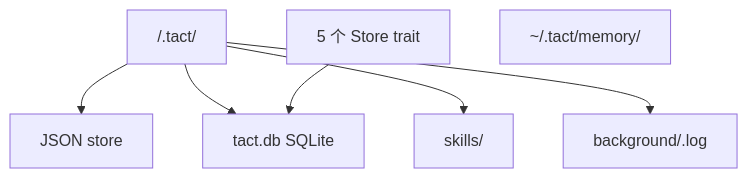
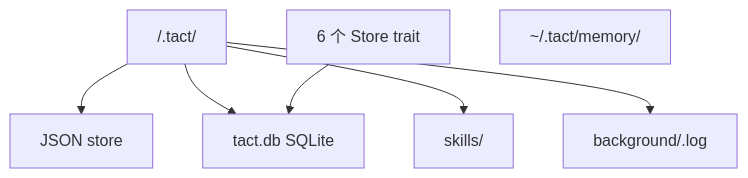
The first of 2 diagrams in book/01_chapter_store_zh.md (rust-infra/tact), drawn with Mermaid before and after one commit. The commit also changed other lines of this file and 16 other files, not shown here.

````diff
--- a/book/01_chapter_store_zh.md
+++ b/book/01_chapter_store_zh.md
@@ -18,9 +18,9 @@
 ```mermaid
 graph TD
     root[<workdir>/.tact/] --> json[JSON store]
     root --> db[tact.db SQLite]
     root --> skills[skills/]
     root --> bg[background/<id>.log]
-    ss[5 个 Store trait] --> db
+    ss[6 个 Store trait] --> db
     mem[~/.tact/memory/]
 ```
````
